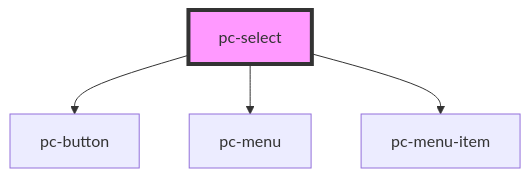
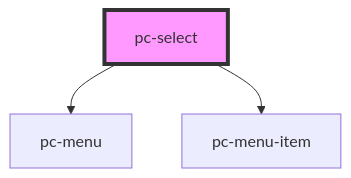
One commit to redvars/peacock changed the diagram in src/components/input-controls/select/readme.md. Above: the diagram before and after it, drawn with Mermaid. The commit also changed other lines of this file and 62 other files, not shown here.

````diff
--- a/src/components/input-controls/select/readme.md
+++ b/src/components/input-controls/select/readme.md
@@ -103,7 +102,6 @@
 ```mermaid
 graph TD;
-  pc-select --> pc-button
   pc-select --> pc-menu
   pc-select --> pc-menu-item
   style pc-select fill:#f9f,stroke:#333,stroke-width:4px
 ```
````
